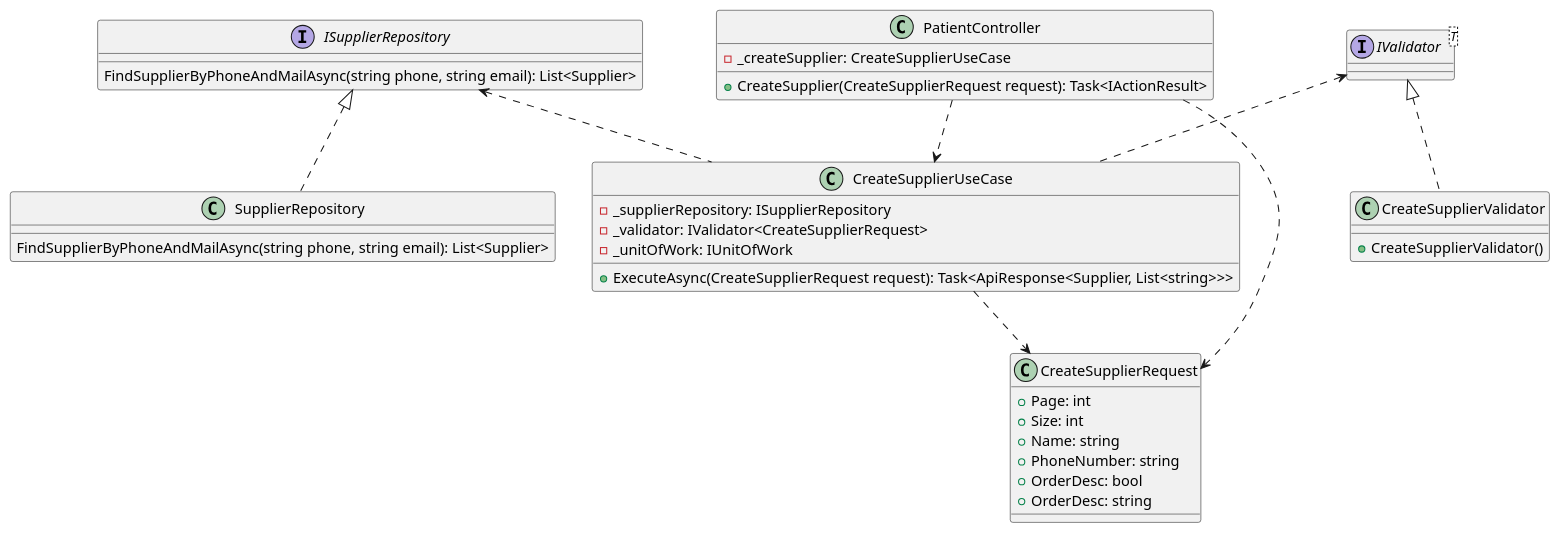
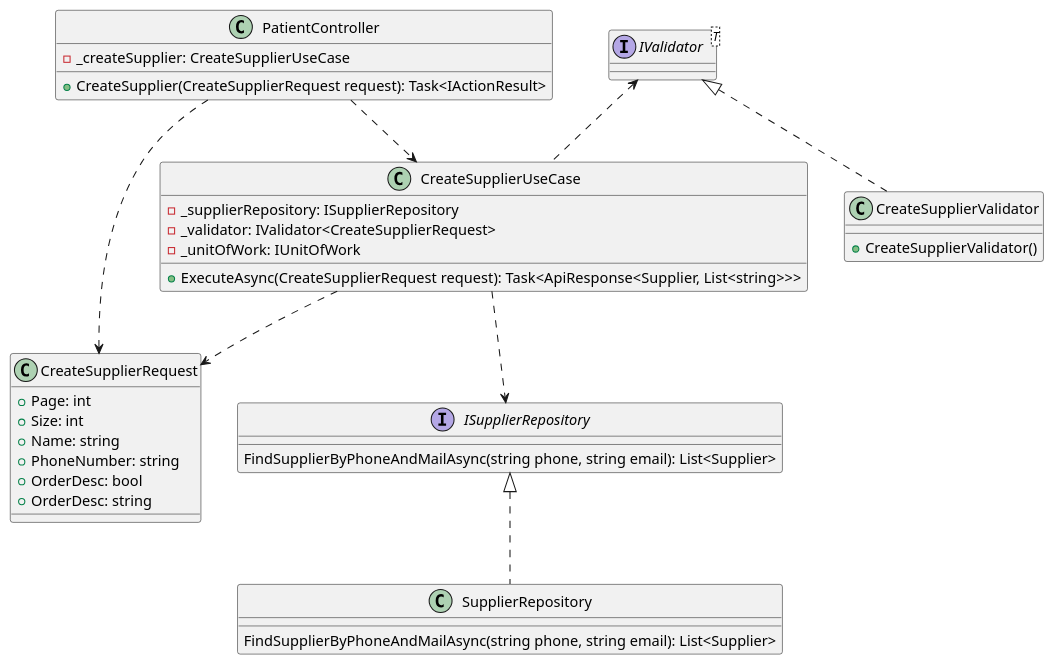
One commit to jang1902/SEP490_Sequence changed the diagram in ClassDiagram/Supplier/CreateSupplierUseCase.puml. Above: the diagram before and after it, drawn with PlantUML. The commit also changed 10 other files, not shown here.

```diff
--- a/ClassDiagram/Supplier/CreateSupplierUseCase.puml
+++ b/ClassDiagram/Supplier/CreateSupplierUseCase.puml
@@ -1,46 +1,46 @@
 @startuml
 interface ISupplierRepository{
  FindSupplierByPhoneAndMailAsync(string phone, string email): List<Supplier>
 }
 interface IValidator<T>
 
 class SupplierRepository {
  FindSupplierByPhoneAndMailAsync(string phone, string email): List<Supplier>
 }
 
 class CreateSupplierUseCase {
   - _supplierRepository: ISupplierRepository
   - _validator: IValidator<CreateSupplierRequest>
   - _unitOfWork: IUnitOfWork
   + ExecuteAsync(CreateSupplierRequest request): Task<ApiResponse<Supplier, List<string>>>
 }
 
 class CreateSupplierValidator {
   + CreateSupplierValidator()
 }
 
 class PatientController {
   - _createSupplier: CreateSupplierUseCase
   + CreateSupplier(CreateSupplierRequest request): Task<IActionResult>
 }
 
 class CreateSupplierRequest {
   + Page: int
   + Size: int
   + Name: string
   + PhoneNumber: string
   + OrderDesc: bool
   + OrderDesc: string
 }
 
 
 ISupplierRepository <|.. SupplierRepository
-ISupplierRepository <.. CreateSupplierUseCase
+CreateSupplierUseCase ..> ISupplierRepository
 IValidator <|.. CreateSupplierValidator
 IValidator <.. CreateSupplierUseCase
 
 
 CreateSupplierUseCase ..> CreateSupplierRequest
 PatientController ..> CreateSupplierUseCase
 PatientController ..> CreateSupplierRequest
 @enduml
```
